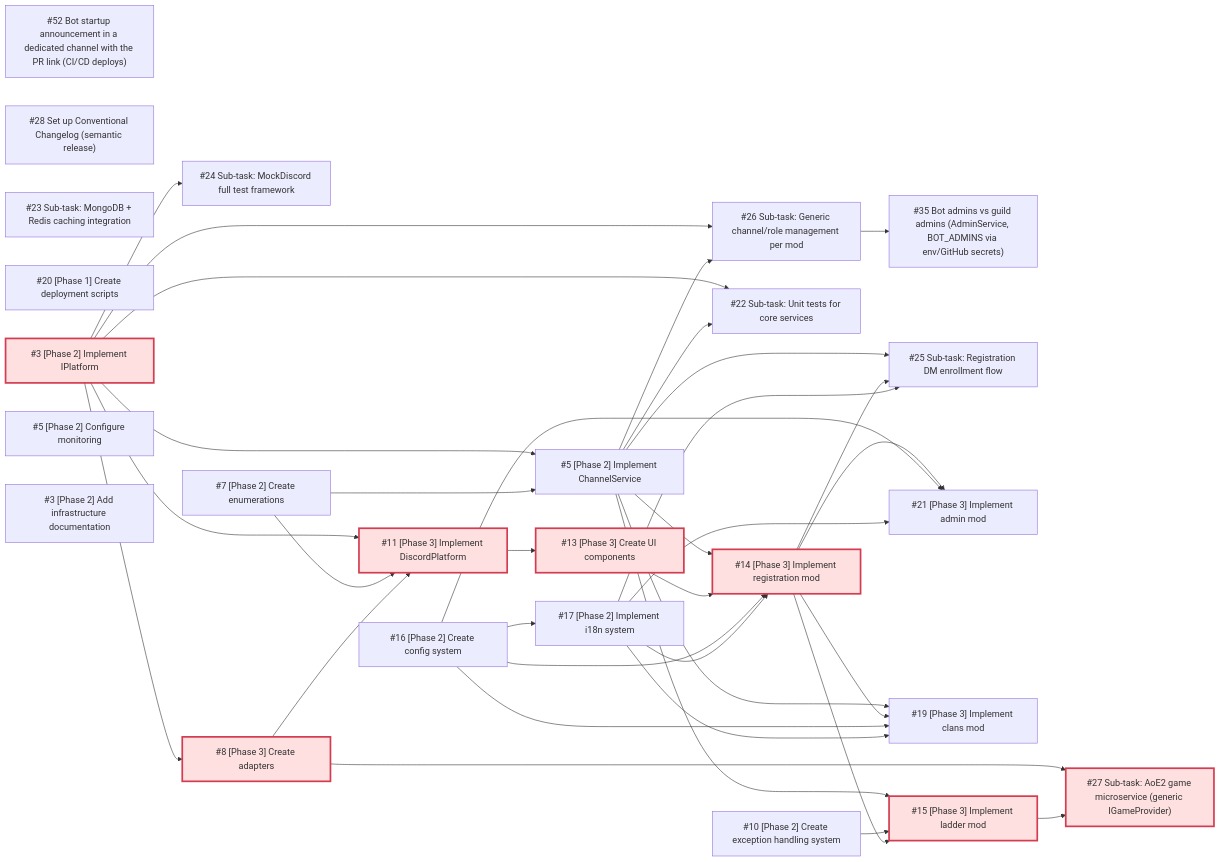
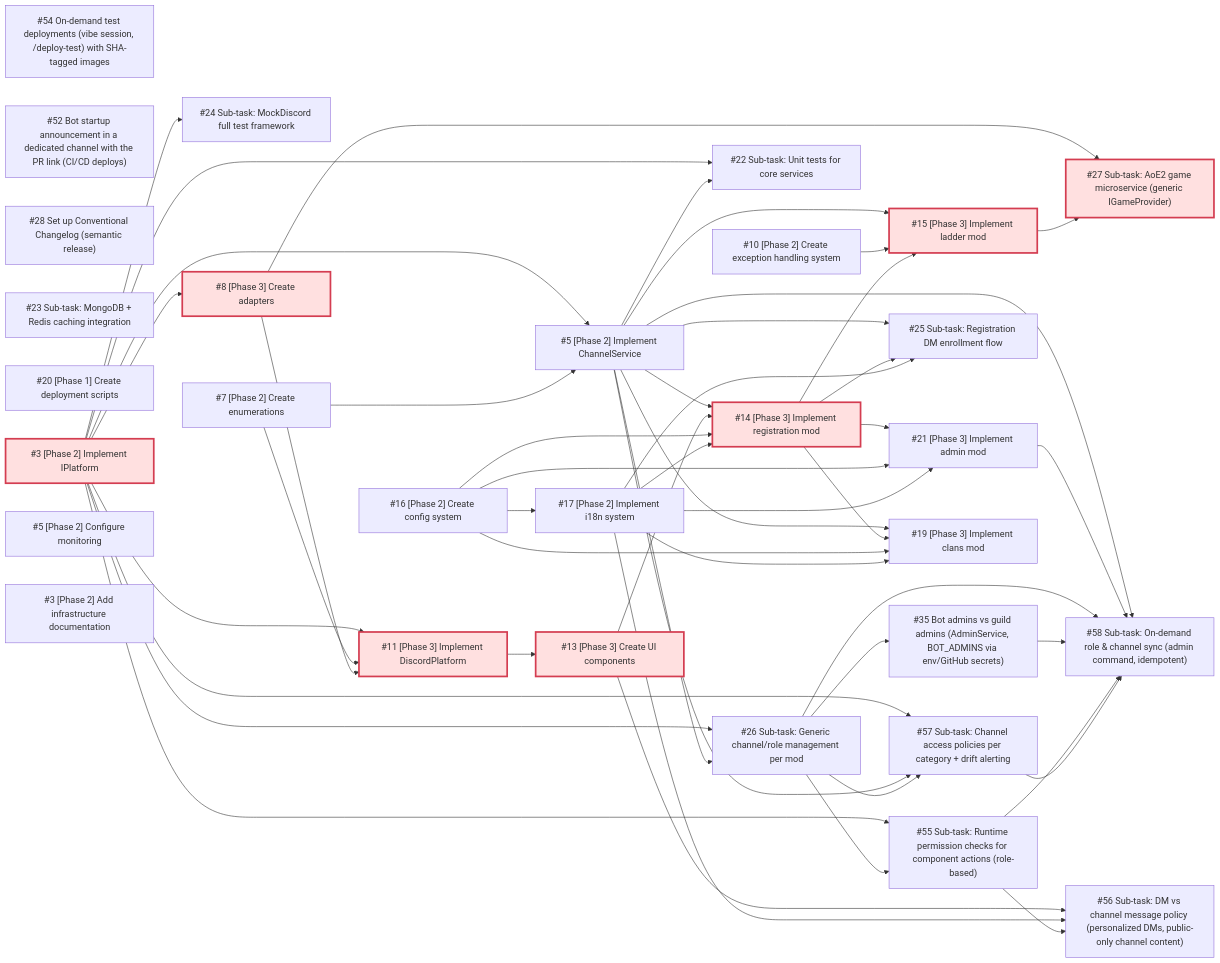
Before and after one commit to merlin-pinpin-org/kingdoms: the diagram in docs/DEPENDENCIES.md, drawn with Mermaid. The commit also changed other lines of this file and 6 other files, not shown here.

````diff
--- a/docs/DEPENDENCIES.md
+++ b/docs/DEPENDENCIES.md
@@ -28,63 +28,82 @@
 ```mermaid
 flowchart LR
+    ks_58["#58 Sub-task: On-demand role & channel sync (admin command, idempotent)"]
+    ks_57["#57 Sub-task: Channel access policies per category + drift alerting"]
+    ks_56["#56 Sub-task: DM vs channel message policy (personalized DMs, public-only channel content)"]
+    ks_55["#55 Sub-task: Runtime permission checks for component actions (role-based)"]
+    ks_54["#54 On-demand test deployments (vibe session, /deploy-test) with SHA-tagged images"]
     ks_52["#52 Bot startup announcement in a dedicated channel with the PR link (CI/CD deploys)"]
     ks_35["#35 Bot admins vs guild admins (AdminService, BOT_ADMINS via env/GitHub secrets)"]
     ks_28["#28 Set up Conventional Changelog (semantic release)"]
     ks_27["#27 Sub-task: AoE2 game microservice (generic IGameProvider)"]
     ks_26["#26 Sub-task: Generic channel/role management per mod"]
     ks_25["#25 Sub-task: Registration DM enrollment flow"]
     ks_24["#24 Sub-task: MockDiscord full test framework"]
     ks_23["#23 Sub-task: MongoDB + Redis caching integration"]
     ks_22["#22 Sub-task: Unit tests for core services"]
     ks_21["#21 [Phase 3] Implement admin mod"]
     ks_20["#20 [Phase 1] Create deployment scripts"]
     ks_19["#19 [Phase 3] Implement clans mod"]
     ks_17["#17 [Phase 2] Implement i18n system"]
     ks_16["#16 [Phase 2] Create config system"]
     ks_15["#15 [Phase 3] Implement ladder mod"]
     ks_14["#14 [Phase 3] Implement registration mod"]
     ks_13["#13 [Phase 3] Create UI components"]
     ks_11["#11 [Phase 3] Implement DiscordPlatform"]
     ks_10["#10 [Phase 2] Create exception handling system"]
     ks_8["#8 [Phase 3] Create adapters"]
     ks_7["#7 [Phase 2] Create enumerations"]
     ks_5["#5 [Phase 2] Implement ChannelService"]
     ks_3["#3 [Phase 2] Implement IPlatform"]
     ki_5["#5 [Phase 2] Configure monitoring"]
     ki_3["#3 [Phase 2] Add infrastructure documentation"]
+    ks_5 --> ks_58
+    ks_21 --> ks_58
+    ks_26 --> ks_58
+    ks_35 --> ks_58
+    ks_55 --> ks_58
+    ks_57 --> ks_58
+    ks_3 --> ks_57
+    ks_5 --> ks_57
+    ks_26 --> ks_57
+    ks_13 --> ks_56
+    ks_17 --> ks_56
+    ks_55 --> ks_56
+    ks_3 --> ks_55
+    ks_26 --> ks_55
     ks_26 --> ks_35
     ks_8 --> ks_27
     ks_15 --> ks_27
     ks_3 --> ks_26
     ks_5 --> ks_26
     ks_5 --> ks_25
     ks_14 --> ks_25
     ks_17 --> ks_25
     ks_3 --> ks_24
     ks_3 --> ks_22
     ks_5 --> ks_22
     ks_14 --> ks_21
     ks_16 --> ks_21
     ks_17 --> ks_21
     ks_5 --> ks_19
     ks_14 --> ks_19
     ks_16 --> ks_19
     ks_17 --> ks_19
     ks_16 --> ks_17
     ks_5 --> ks_15
     ks_10 --> ks_15
     ks_14 --> ks_15
     ks_5 --> ks_14
     ks_13 --> ks_14
     ks_16 --> ks_14
     ks_17 --> ks_14
     ks_11 --> ks_13
     ks_3 --> ks_11
     ks_7 --> ks_11
     ks_8 --> ks_11
     ks_3 --> ks_8
     ks_3 --> ks_5
     ks_7 --> ks_5
     classDef critical fill:#ffe0e0,stroke:#d43d51,stroke-width:3px;
     class ks_3,ks_8,ks_11,ks_13,ks_14,ks_15,ks_27 critical
 ```
````
